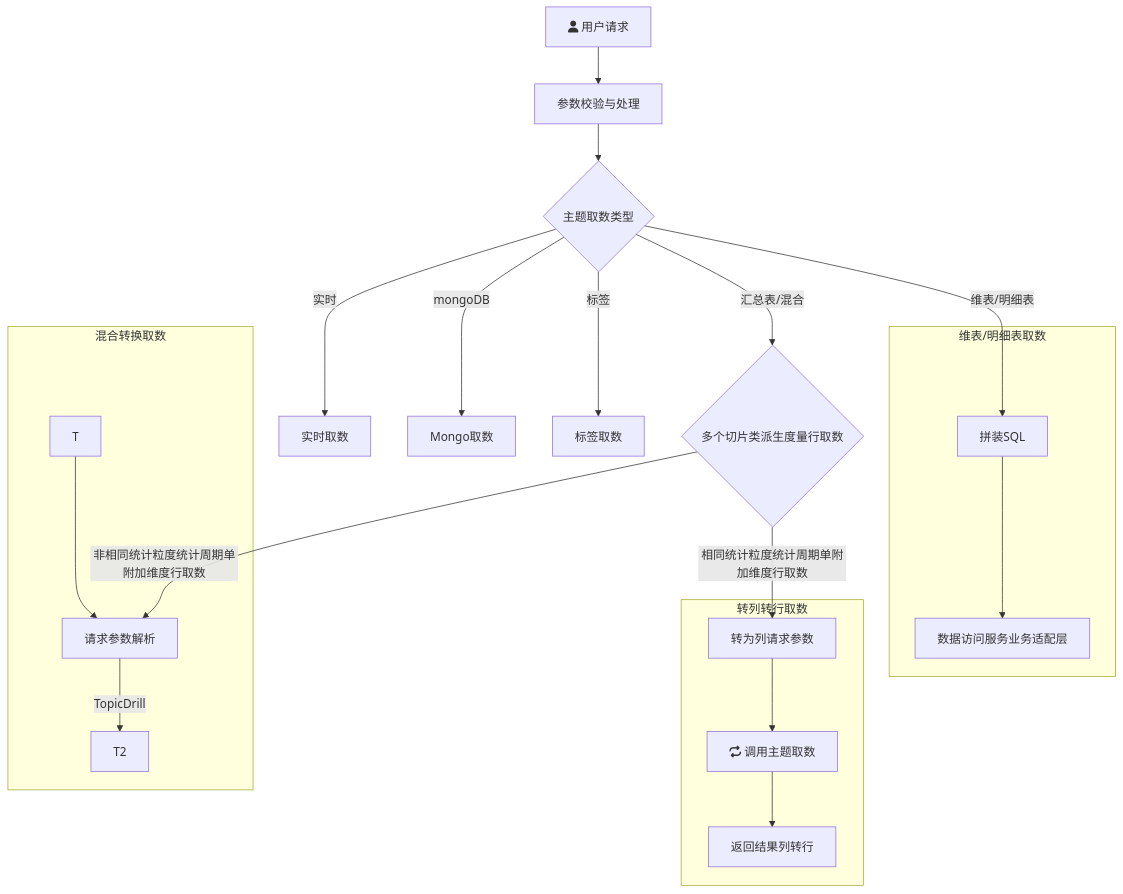
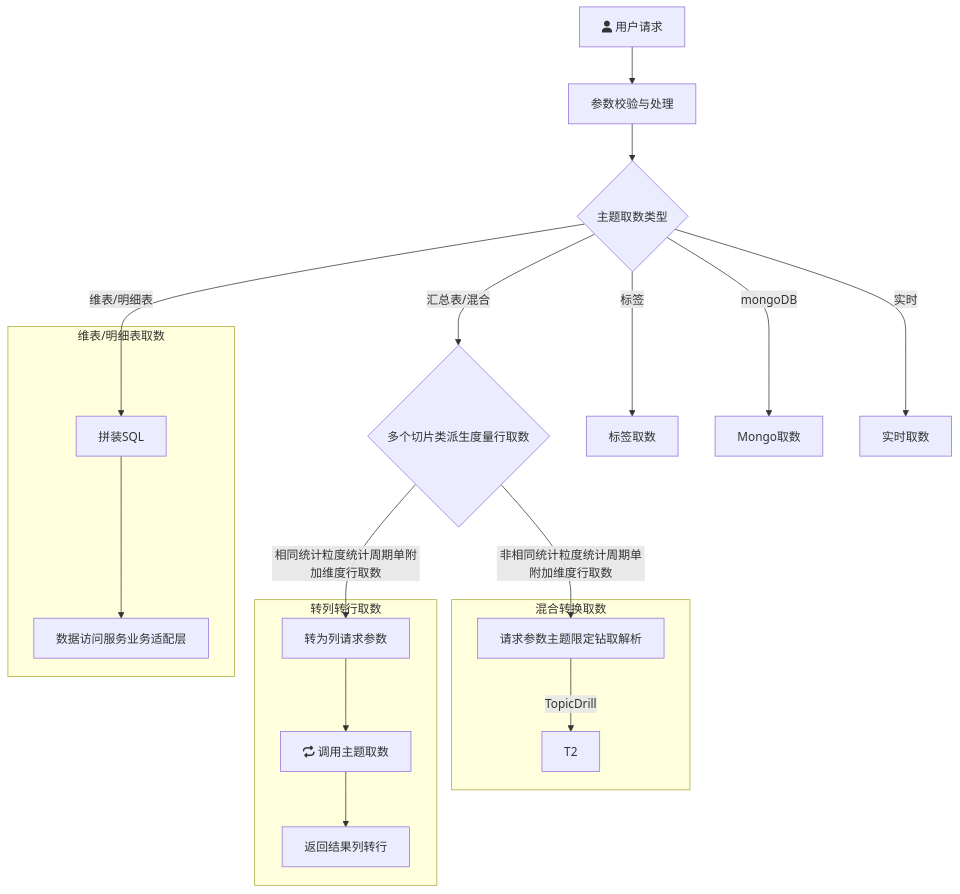
Before and after one commit to yanglosm/iodraw-files: the diagram in all/未命名.md, drawn with Mermaid.

Commit message:
2024-11-29 18:41:04 update

````diff
--- a/all/未命名.md
+++ b/all/未命名.md
@@ -1,20 +1,20 @@
 ```mermaid
 flowchart TD
     A[fa:fa-user 用户请求] -->A1[参数校验与处理] --> B{主题取数类型}
     B -->|维表/明细表| D[拼装SQL]
     B -->|汇总表/混合| E{多个切片类派生度量行取数}
     B -->|标签| F[标签取数]
     B -->|mongoDB| G[Mongo取数]
     B -->|实时| H[实时取数]
     E -->|相同统计粒度统计周期单附加维度行取数| E1[转为列请求参数]
     E -->|非相同统计粒度统计周期单附加维度行取数| T1[请求参数主题限定钻取解析]
     subgraph 维表/明细表取数
     D-->D1[数据访问服务业务适配层]
     end
     subgraph 转列转行取数
     E1-->E11[fa:fa-repeat 调用主题取数]-->E12[返回结果列转行]
     end
     subgraph 混合转换取数
-    T-->T1[请求参数解析]-->|TopicDrill| T2
+    T1-->|TopicDrill| T2
     end
 ```
````
